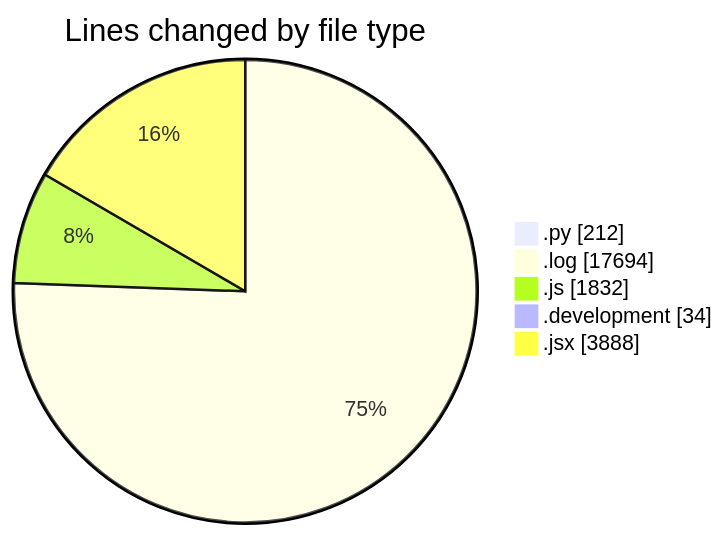
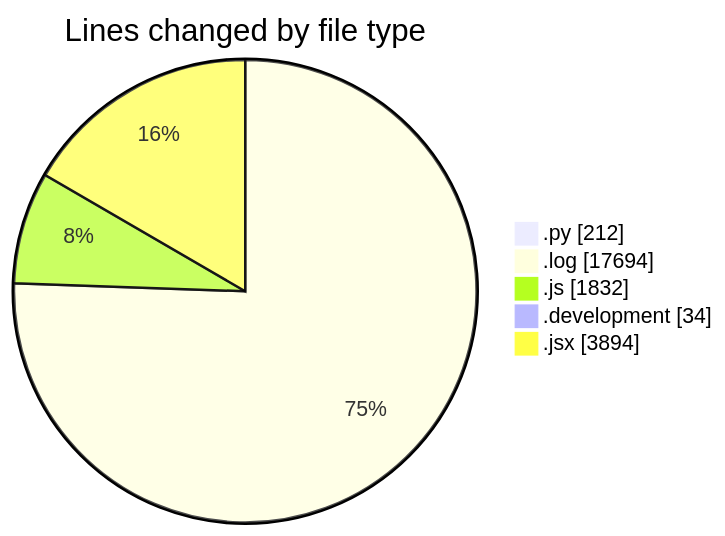
One commit to nxtqubesakshisongat/code-tracking changed the first of 2 diagrams in 2025-04-19/nxtqube_webapp/README.md. Above: the diagram before and after it, drawn with Mermaid. The commit also changed other lines of this file and 1 other file, not shown here.

````diff
--- a/2025-04-19/nxtqube_webapp/README.md
+++ b/2025-04-19/nxtqube_webapp/README.md
@@ -43,9 +43,9 @@
 ```mermaid
 pie showData
 title Lines changed by file type
 ".py" : 212
 ".log" : 17694
 ".js" : 1832
 ".development" : 34
-".jsx" : 3888
+".jsx" : 3894
 ```
````
